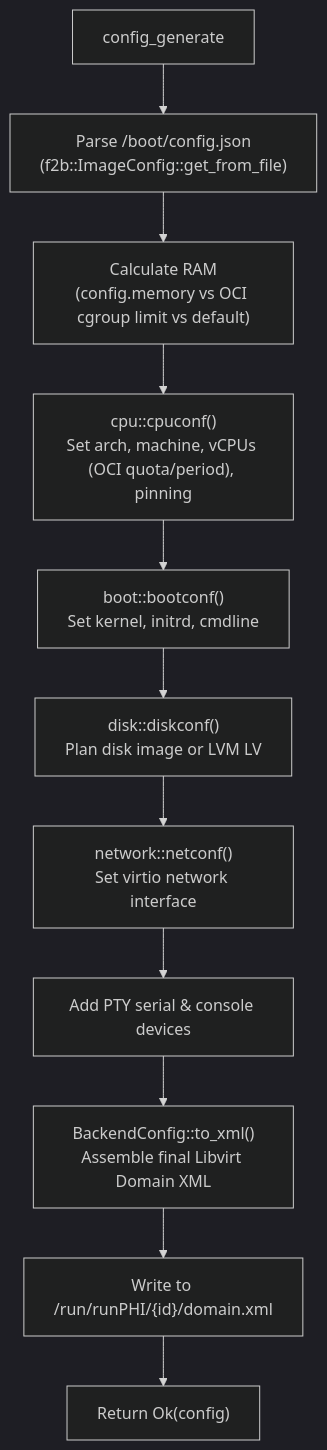
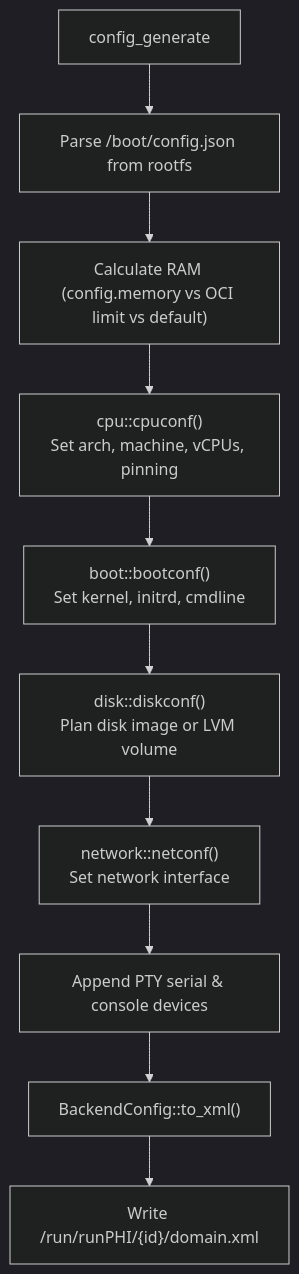
One commit to kwarki/runphi_manager changed the diagram in doc/backend_kvm_docs/config_generator.md. Above: the diagram before and after it, drawn with Mermaid (dark theme). The commit also changed other lines of this file and 3 other files, not shown here.

First line of the commit message:
Refactor `/boot/config.json` documentation for clarity and consistency

````diff
--- a/doc/backend_kvm_docs/config_generator.md
+++ b/doc/backend_kvm_docs/config_generator.md
@@ -50,13 +48,12 @@
 ```mermaid
 flowchart TD
-    start["config_generate"] --> parse_cfg["Parse /boot/config.json<br/>(f2b::ImageConfig::get_from_file)"]
-    parse_cfg --> mem_calc["Calculate RAM<br/>(config.memory vs OCI cgroup limit vs default)"]
-    mem_calc --> sub_cpu["cpu::cpuconf()<br/>Set arch, machine, vCPUs (OCI quota/period), pinning"]
+    start["config_generate"] --> parse_cfg["Parse /boot/config.json from rootfs"]
+    parse_cfg --> mem_calc["Calculate RAM (config.memory vs OCI limit vs default)"]
+    mem_calc --> sub_cpu["cpu::cpuconf()<br/>Set arch, machine, vCPUs, pinning"]
     sub_cpu --> sub_boot["boot::bootconf()<br/>Set kernel, initrd, cmdline"]
-    sub_boot --> sub_disk["disk::diskconf()<br/>Plan disk image or LVM LV"]
-    sub_disk --> sub_net["network::netconf()<br/>Set virtio network interface"]
-    sub_net --> add_pty["Add PTY serial & console devices"]
-    add_pty --> to_xml["BackendConfig::to_xml()<br/>Assemble final Libvirt Domain XML"]
-    to_xml --> write_disk["Write to /run/runPHI/{id}/domain.xml"]
-    write_disk --> finish["Return Ok(config)"]
+    sub_boot --> sub_disk["disk::diskconf()<br/>Plan disk image or LVM volume"]
+    sub_disk --> sub_net["network::netconf()<br/>Set network interface"]
+    sub_net --> add_pty["Append PTY serial & console devices"]
+    add_pty --> to_xml["BackendConfig::to_xml()"]
+    to_xml --> write_disk["Write /run/runPHI/{id}/domain.xml"]
 ```
````
